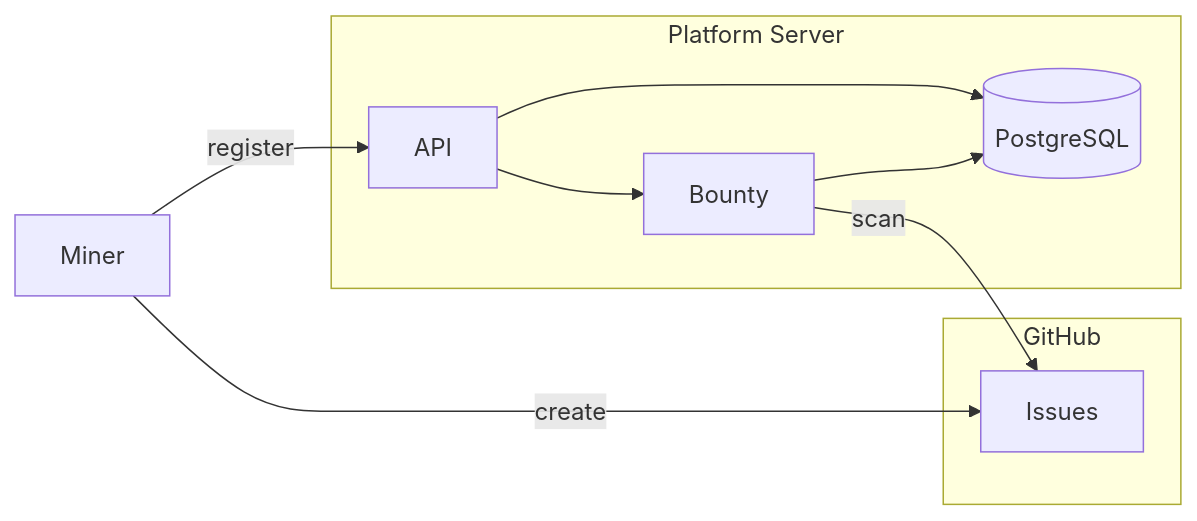
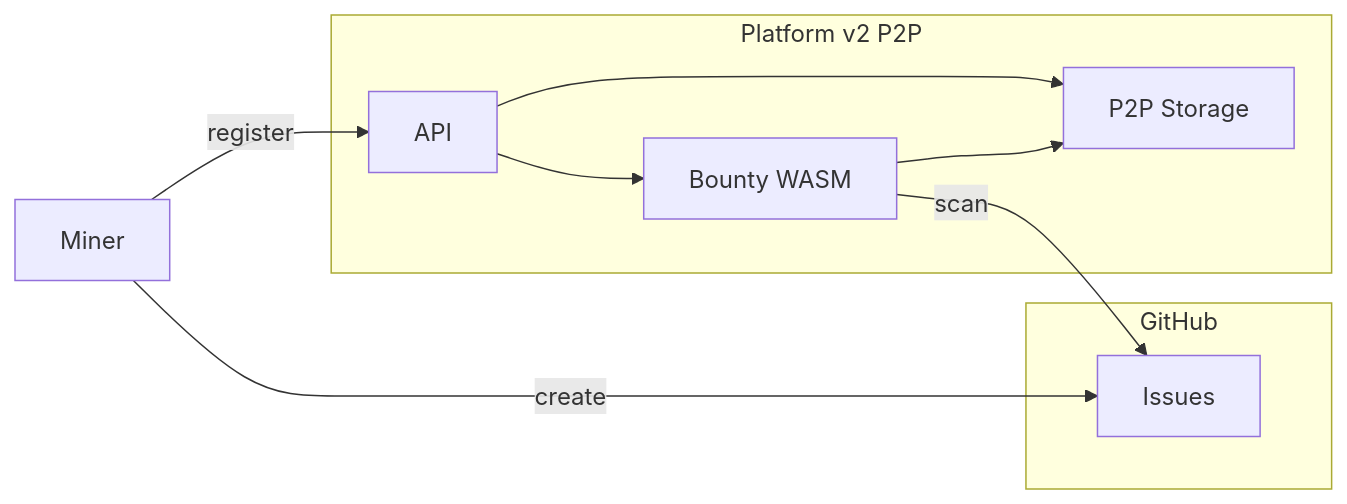
Before and after one commit to PlatformNetwork/roadmap: diagram 14 of 18 in README.md, drawn with Mermaid. The commit also changed other lines of this file, not shown here.

Commit message:
fix: replace PostgreSQL with platform-v2 P2P storage for bounty challenge

````diff
--- a/README.md
+++ b/README.md
@@ -368,18 +368,18 @@
 ```mermaid
 flowchart LR
     Miner["Miner"]
 
-    subgraph Platform["Platform Server"]
-        API["API"] --> DB[("PostgreSQL")]
-        Bounty["Bounty"] --> DB
+    subgraph Platform["Platform v2 P2P"]
+        API["API"] --> P2P["P2P Storage"]
+        Bounty["Bounty WASM"] --> P2P
     end
 
     subgraph GitHub["GitHub"]
         Issues["Issues"]
     end
 
     Miner -->|register| API
     API --> Bounty
     Bounty -->|scan| Issues
     Miner -->|create| Issues
 ```
````
